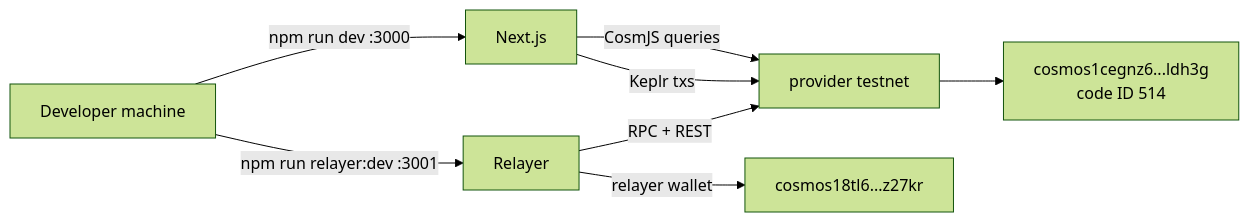
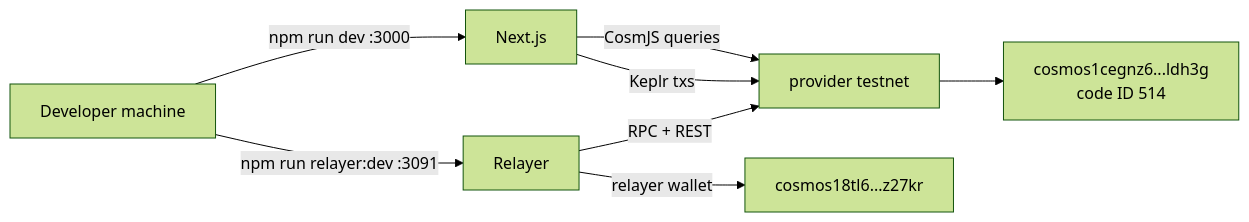
One commit to pramadanif/mutagen changed the ninth of 9 diagrams in mermaid.md. Above: the diagram before and after it, drawn with Mermaid (forest theme). The commit also changed 41 other files, not shown here.

````diff
--- a/mermaid.md
+++ b/mermaid.md
@@ -312,13 +312,13 @@
 ```mermaid
 flowchart LR
     Dev["Developer machine"]
     Dev -->|"npm run dev :3000"| FE["Next.js"]
-    Dev -->|"npm run relayer:dev :3001"| RL["Relayer"]
+    Dev -->|"npm run relayer:dev :3091"| RL["Relayer"]
 
     RL -->|"RPC + REST"| NET["provider testnet"]
     FE -->|"CosmJS queries"| NET
     FE -->|"Keplr txs"| NET
 
     NET --> CA["cosmos1cegnz6...ldh3g<br/>code ID 514"]
     RL -->|"relayer wallet"| RW["cosmos18tl6...z27kr"]
 ```
````
